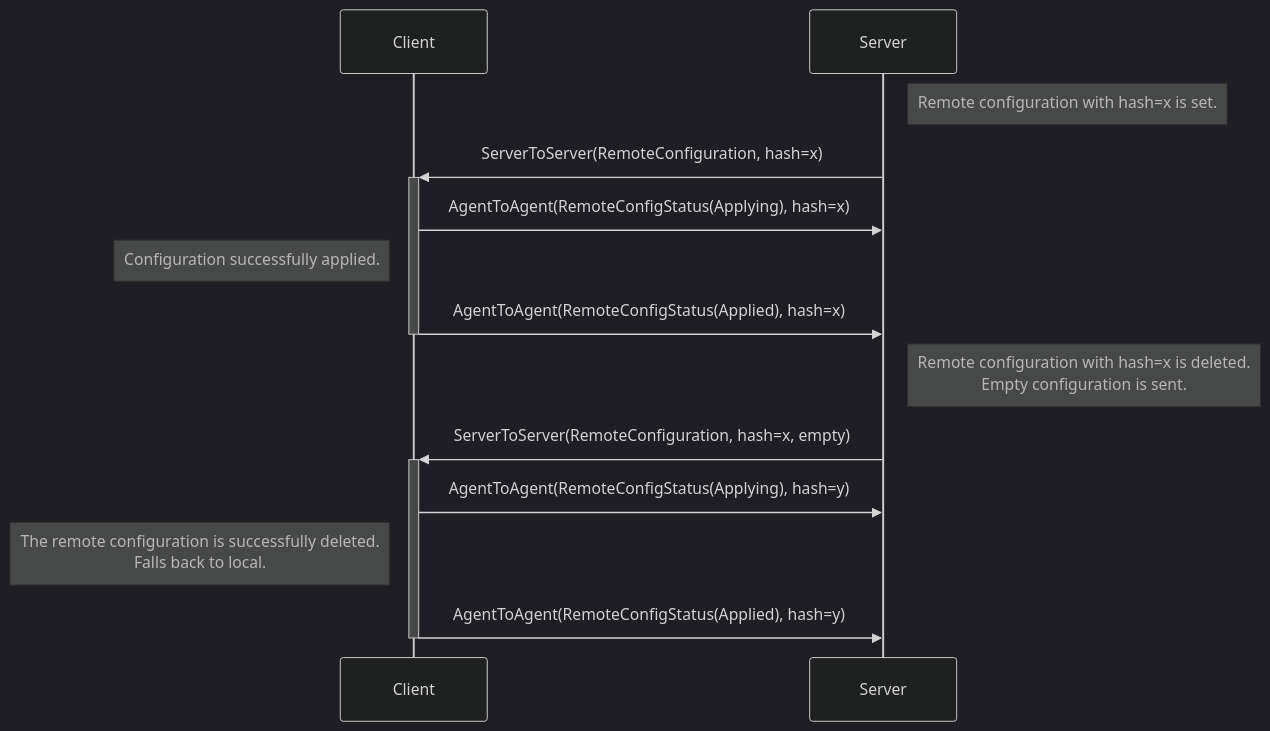
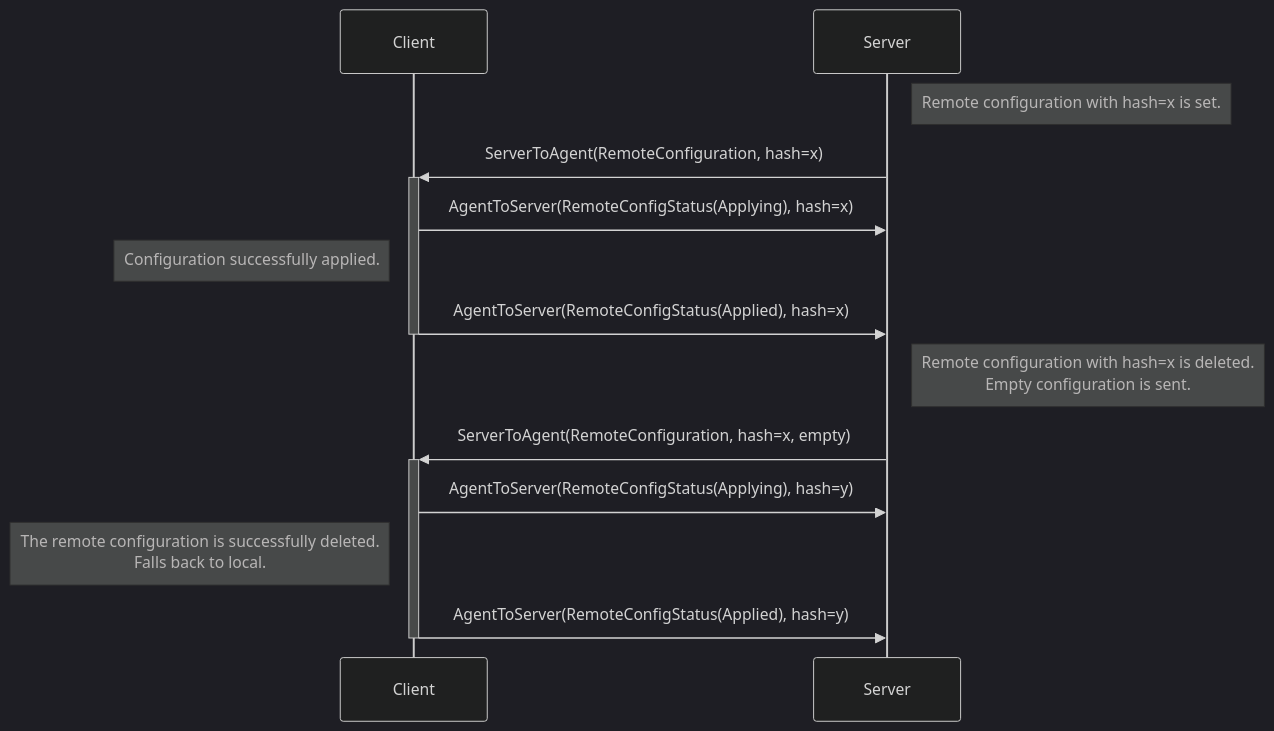
Before and after one commit to newrelic/newrelic-agent-control: the diagram in docs/opamp-communication-flows/delete-configuration.md, drawn with Mermaid (dark theme).

````diff
--- a/docs/opamp-communication-flows/delete-configuration.md
+++ b/docs/opamp-communication-flows/delete-configuration.md
@@ -8,17 +8,17 @@
 ```mermaid
 sequenceDiagram
     participant Client
     participant Server
 
     Note right of Server: Remote configuration with hash=x is set.
-    Server->>+Client: ServerToServer(RemoteConfiguration, hash=x)
-    Client->>Server: AgentToAgent(RemoteConfigStatus(Applying), hash=x)
+    Server->>+Client: ServerToAgent(RemoteConfiguration, hash=x)
+    Client->>Server: AgentToServer(RemoteConfigStatus(Applying), hash=x)
     Note left of Client: Configuration successfully applied.
-    Client->>-Server: AgentToAgent(RemoteConfigStatus(Applied), hash=x)
+    Client->>-Server: AgentToServer(RemoteConfigStatus(Applied), hash=x)
 
     Note right of Server: Remote configuration with hash=x is deleted.<br/>Empty configuration is sent.
-    Server->>+Client: ServerToServer(RemoteConfiguration, hash=x, empty)
-    Client->>Server: AgentToAgent(RemoteConfigStatus(Applying), hash=y)
+    Server->>+Client: ServerToAgent(RemoteConfiguration, hash=x, empty)
+    Client->>Server: AgentToServer(RemoteConfigStatus(Applying), hash=y)
     Note left of Client: The remote configuration is successfully deleted.<br/>Falls back to local.
-    Client->>-Server: AgentToAgent(RemoteConfigStatus(Applied), hash=y)
+    Client->>-Server: AgentToServer(RemoteConfigStatus(Applied), hash=y)
 ```
````
